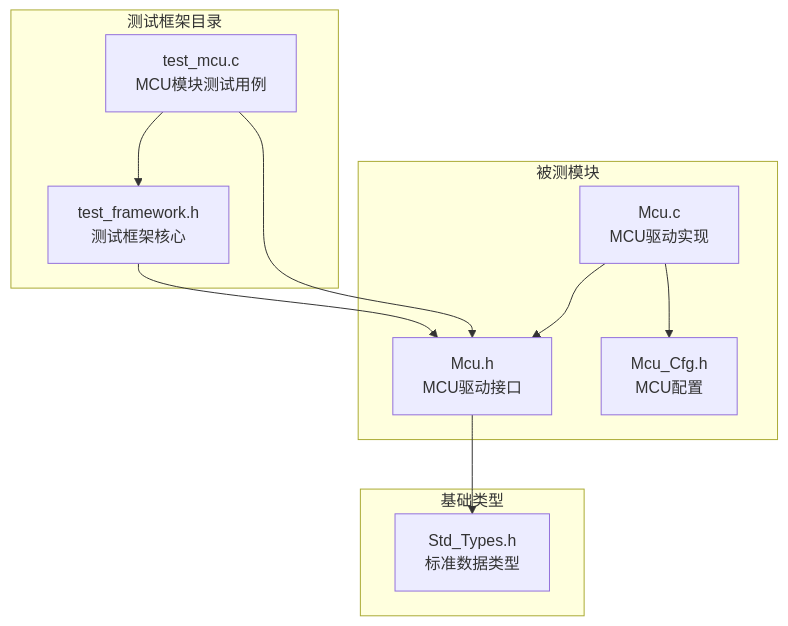
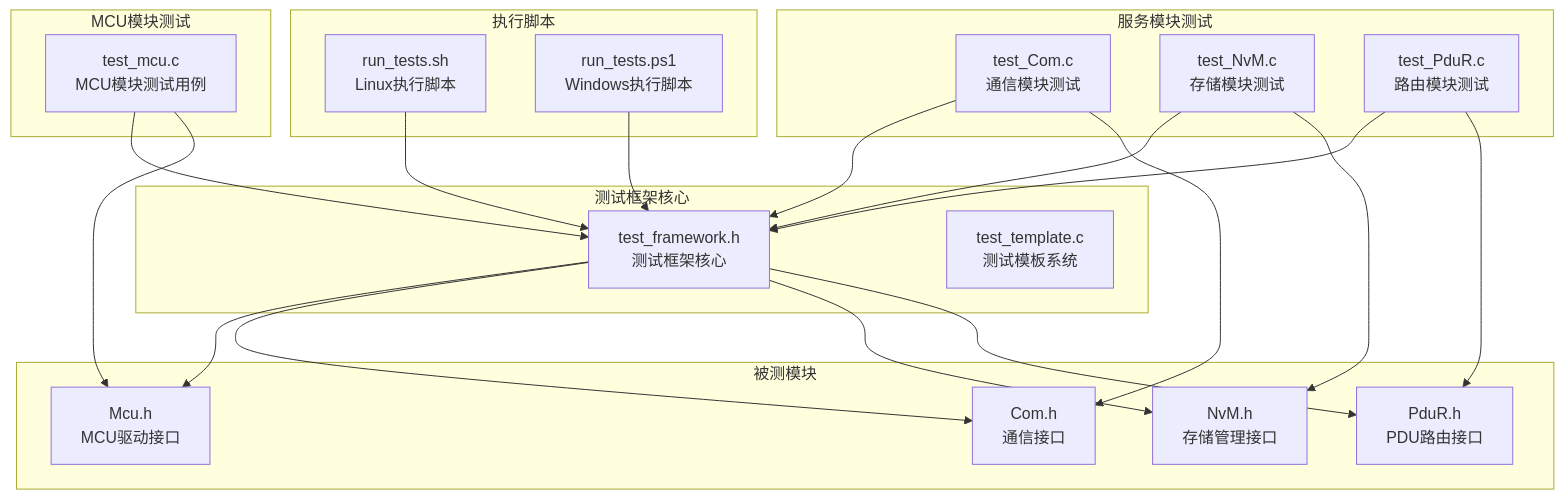
Before and after one commit to frisky1985/yuleASR: the first of 12 diagrams in .qoder/repowiki/zh/content/测试策略/单元测试框架.md, drawn with Mermaid. The commit also changed other lines of this file and 12 other files, not shown here.

````diff
--- a/.qoder/repowiki/zh/content/测试策略/单元测试框架.md
+++ b/.qoder/repowiki/zh/content/测试策略/单元测试框架.md
@@ -38,21 +57,39 @@
 ```mermaid
 graph TB
-subgraph "测试框架目录"
+subgraph "测试框架核心"
 TF[test_framework.h<br/>测试框架核心]
+TT[test_template.c<br/>测试模板系统]
+end
+subgraph "MCU模块测试"
 TM[test_mcu.c<br/>MCU模块测试用例]
+end
+subgraph "服务模块测试"
+TC[test_Com.c<br/>通信模块测试]
+TN[test_NvM.c<br/>存储模块测试]
+TP[test_PduR.c<br/>路由模块测试]
+end
+subgraph "执行脚本"
+SH[run_tests.sh<br/>Linux执行脚本]
+PS[run_tests.ps1<br/>Windows执行脚本]
 end
 subgraph "被测模块"
 MH[Mcu.h<br/>MCU驱动接口]
-MC[Mcu.c<br/>MCU驱动实现]
-MCFG[Mcu_Cfg.h<br/>MCU配置]
-end
-subgraph "基础类型"
-ST[Std_Types.h<br/>标准数据类型]
+CH[Com.h<br/>通信接口]
+NH[NvM.h<br/>存储管理接口]
+PH[PduR.h<br/>PDU路由接口]
 end
 TF --> MH
+TF --> CH
+TF --> NH
+TF --> PH
 TM --> TF
 TM --> MH
-MH --> ST
-MC --> MH
-MC --> MCFG
+TC --> TF
+TC --> CH
+TN --> TF
+TN --> NH
+TP --> TF
+TP --> PH
+SH --> TF
+PS --> TF
 ```
````
